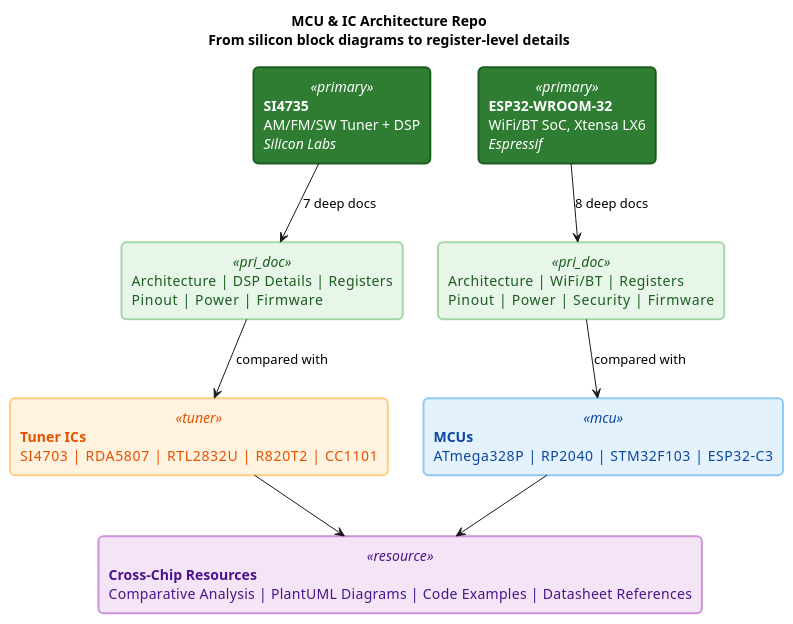
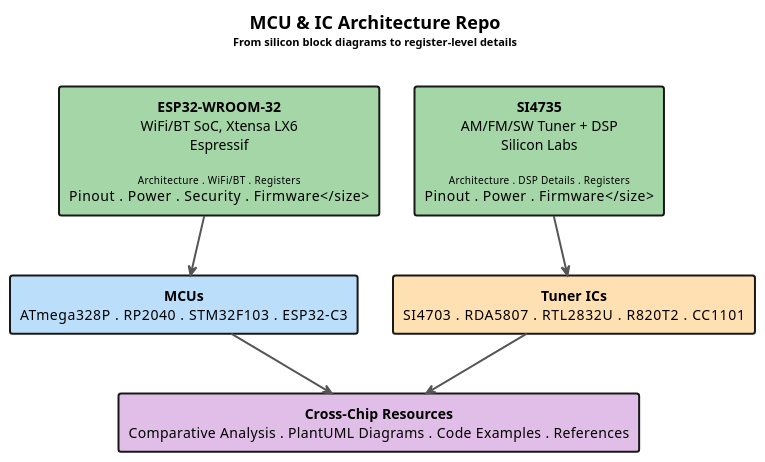
Before and after one commit to nikhiloz/MCU_IC_Architecture_Repo: the diagram in diagrams/repo_overview.puml, drawn with PlantUML. The commit also changed 1 other file, not shown here.

Commit message:
Simplify README diagram: flat rectangles, no stereotypes, clean vertical flow

```diff
--- a/diagrams/repo_overview.puml
+++ b/diagrams/repo_overview.puml
@@ -1,63 +1,30 @@
 @startuml
 
 skinparam backgroundColor white
 skinparam defaultFontName Arial
 skinparam shadowing false
-skinparam roundCorner 10
+skinparam defaultTextAlignment center
 skinparam rectangleBorderThickness 2
+skinparam arrowColor #555555
+skinparam arrowThickness 2
 
-skinparam rectangle {
-    BackgroundColor<<primary>> #2E7D32
-    FontColor<<primary>> white
-    BorderColor<<primary>> #1B5E20
+title <b><size:18>MCU & IC Architecture Repo</size></b>\n<size:11>From silicon block diagrams to register-level details</size>\n
 
-    BackgroundColor<<pri_doc>> #E8F5E9
-    FontColor<<pri_doc>> #1B5E20
-    BorderColor<<pri_doc>> #A5D6A7
-
-    BackgroundColor<<tuner>> #FFF3E0
-    FontColor<<tuner>> #E65100
-    BorderColor<<tuner>> #FFCC80
-
-    BackgroundColor<<mcu>> #E3F2FD
-    FontColor<<mcu>> #0D47A1
-    BorderColor<<mcu>> #90CAF9
-
-    BackgroundColor<<resource>> #F3E5F5
-    FontColor<<resource>> #4A148C
-    BorderColor<<resource>> #CE93D8
+together {
+  rectangle "<b><size:14>SI4735</size></b>\nAM/FM/SW Tuner + DSP\nSilicon Labs\n\n<size:10>Architecture  .  DSP Details  .  Registers\nPinout  .  Power  .  Firmware</size>" as SI #A5D6A7
+  rectangle "<b><size:14>ESP32-WROOM-32</size></b>\nWiFi/BT SoC, Xtensa LX6\nEspressif\n\n<size:10>Architecture  .  WiFi/BT  .  Registers\nPinout  .  Power  .  Security  .  Firmware</size>" as ESP #A5D6A7
 }
 
-title <b>MCU & IC Architecture Repo</b>\nFrom silicon block diagrams to register-level details
+together {
+  rectangle "<b>Tuner ICs</b>\nSI4703  .  RDA5807  .  RTL2832U  .  R820T2  .  CC1101" as TUN #FFE0B2
+  rectangle "<b>MCUs</b>\nATmega328P  .  RP2040  .  STM32F103  .  ESP32-C3" as MCU #BBDEFB
+}
 
-' ── Row 1: Primary Chips ──
-rectangle "**SI4735**\nAM/FM/SW Tuner + DSP\n//Silicon Labs//" as SI <<primary>>
-rectangle "**ESP32-WROOM-32**\nWiFi/BT SoC, Xtensa LX6\n//Espressif//" as ESP <<primary>>
+rectangle "<b>Cross-Chip Resources</b>\nComparative Analysis  .  PlantUML Diagrams  .  Code Examples  .  References" as RES #E1BEE7
 
-SI -[hidden]right- ESP
-
-' ── Row 2: Doc layers for primaries ──
-rectangle "Architecture  |  DSP Details  |  Registers\nPinout  |  Power  |  Firmware" as SI_DOCS <<pri_doc>>
-rectangle "Architecture  |  WiFi/BT  |  Registers\nPinout  |  Power  |  Security  |  Firmware" as ESP_DOCS <<pri_doc>>
-
-SI --> SI_DOCS : 7 deep docs
-ESP --> ESP_DOCS : 8 deep docs
-
-SI_DOCS -[hidden]right- ESP_DOCS
-
-' ── Row 3: Secondary families ──
-rectangle "**Tuner ICs**\nSI4703  |  RDA5807  |  RTL2832U  |  R820T2  |  CC1101" as TUNERS <<tuner>>
-rectangle "**MCUs**\nATmega328P  |  RP2040  |  STM32F103  |  ESP32-C3" as MCUS <<mcu>>
-
-SI_DOCS --> TUNERS : compared with
-ESP_DOCS --> MCUS : compared with
-
-TUNERS -[hidden]right- MCUS
-
-' ── Row 4: Shared resources ──
-rectangle "**Cross-Chip Resources**\nComparative Analysis  |  PlantUML Diagrams  |  Code Examples  |  Datasheet References" as RES <<resource>>
-
-TUNERS --> RES
-MCUS --> RES
+SI -down-> TUN
+ESP -down-> MCU
+TUN -down-> RES
+MCU -down-> RES
 
 @enduml
```
